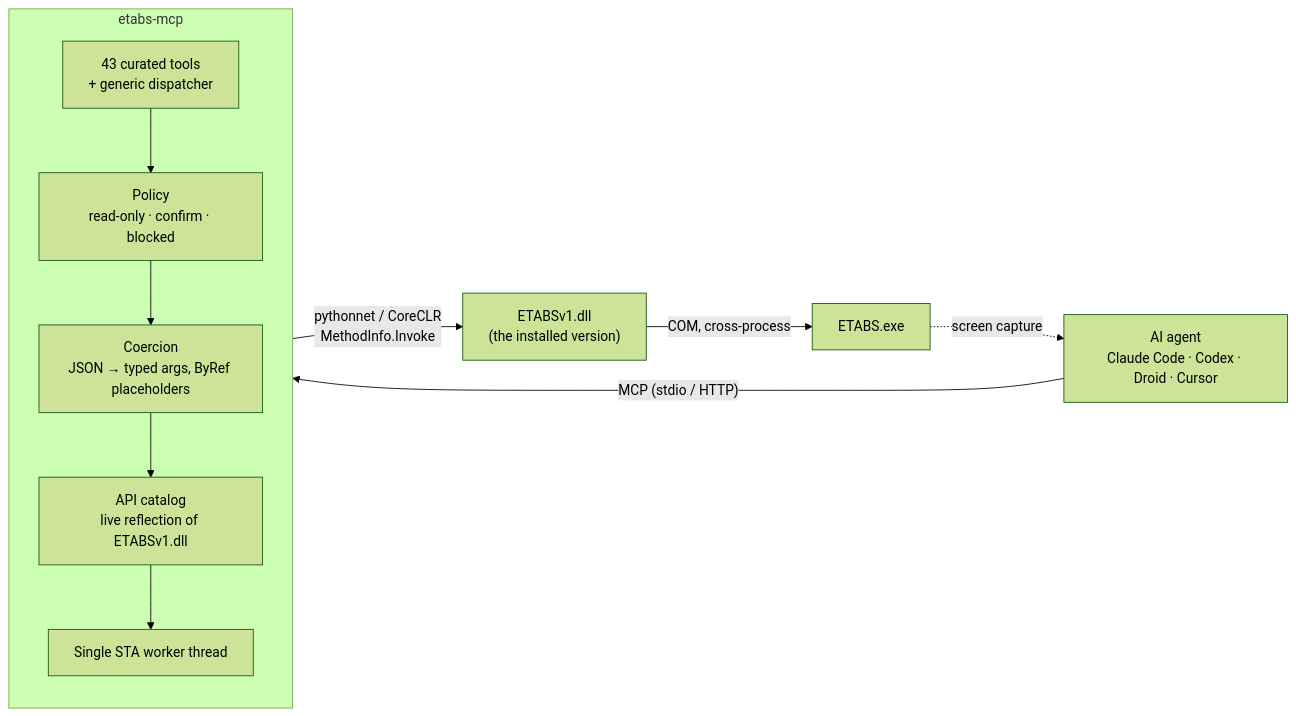
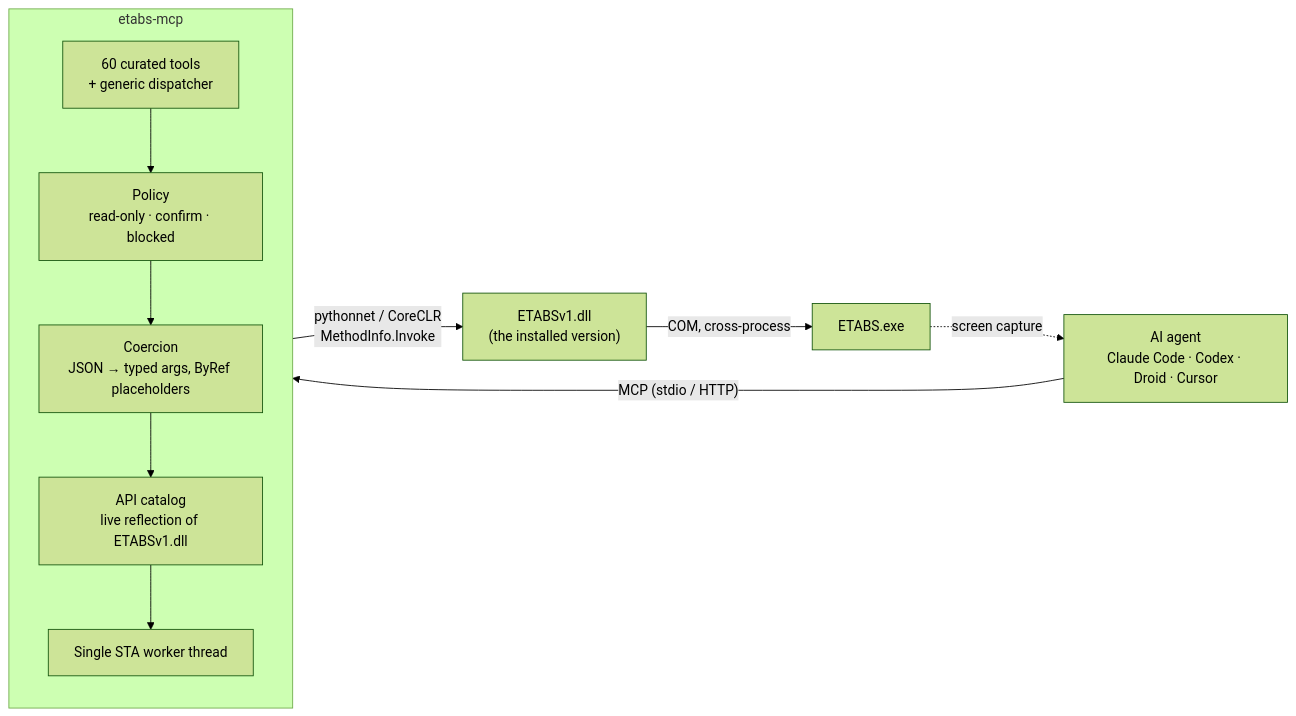
One commit to Moha2005269/etabs-mcp changed the diagram in README.md. Above: the diagram before and after it, drawn with Mermaid (forest theme). The commit also changed other lines of this file and 23 other files, not shown here.

````diff
--- a/README.md
+++ b/README.md
@@ -215,16 +250,16 @@
 ```mermaid
 flowchart LR
     A["AI agent<br/>Claude Code · Codex · Droid · Cursor"] -- "MCP (stdio / HTTP)" --> S
 
     subgraph S["etabs-mcp"]
         direction TB
-        T["43 curated tools<br/>+ generic dispatcher"] --> P["Policy<br/>read-only · confirm · blocked"]
+        T["60 curated tools<br/>+ generic dispatcher"] --> P["Policy<br/>read-only · confirm · blocked"]
         P --> C["Coercion<br/>JSON → typed args, ByRef placeholders"]
         C --> K["API catalog<br/>live reflection of ETABSv1.dll"]
         K --> W["Single STA worker thread"]
     end
 
     W -- "pythonnet / CoreCLR<br/>MethodInfo.Invoke" --> D["ETABSv1.dll<br/>(the installed version)"]
     D -- "COM, cross-process" --> E["ETABS.exe"]
     E -. "screen capture" .-> A
 ```
````
